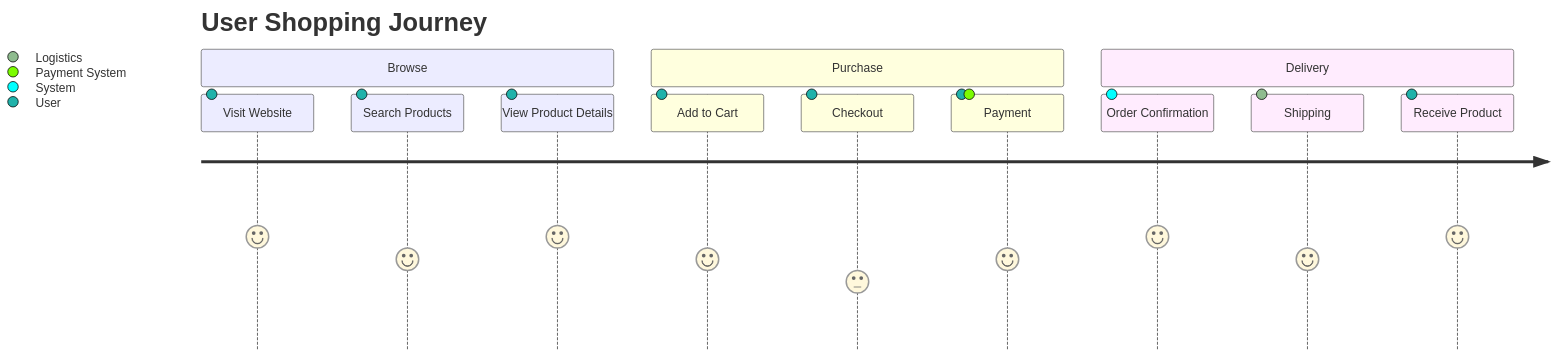
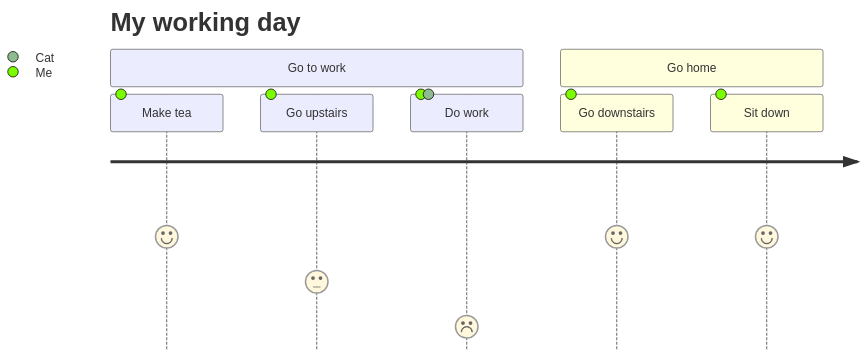
Before and after one commit to teachingai/full-stack-skills: the first of 7 diagrams in skills/mermaid/examples/journey.md, drawn with Mermaid. The commit also changed other lines of this file and 21 other files, not shown here.

First line of the commit message:
docs(mermaid): 更新架构、块、C4和类图示例文档

````diff
--- a/skills/mermaid/examples/journey.md
+++ b/skills/mermaid/examples/journey.md
@@ -18,16 +20,11 @@
 ```mermaid
 journey
-    title User Shopping Journey
-    section Browse
-      Visit Website: 5: User
-      Search Products: 4: User
-      View Product Details: 5: User
-    section Purchase
-      Add to Cart: 4: User
-      Checkout: 3: User
-      Payment: 4: User, Payment System
-    section Delivery
-      Order Confirmation: 5: System
-      Shipping: 4: Logistics
-      Receive Product: 5: User
+    title My working day
+    section Go to work
+      Make tea: 5: Me
+      Go upstairs: 3: Me
+      Do work: 1: Me, Cat
+    section Go home
+      Go downstairs: 5: Me
+      Sit down: 5: Me
 ```
````
